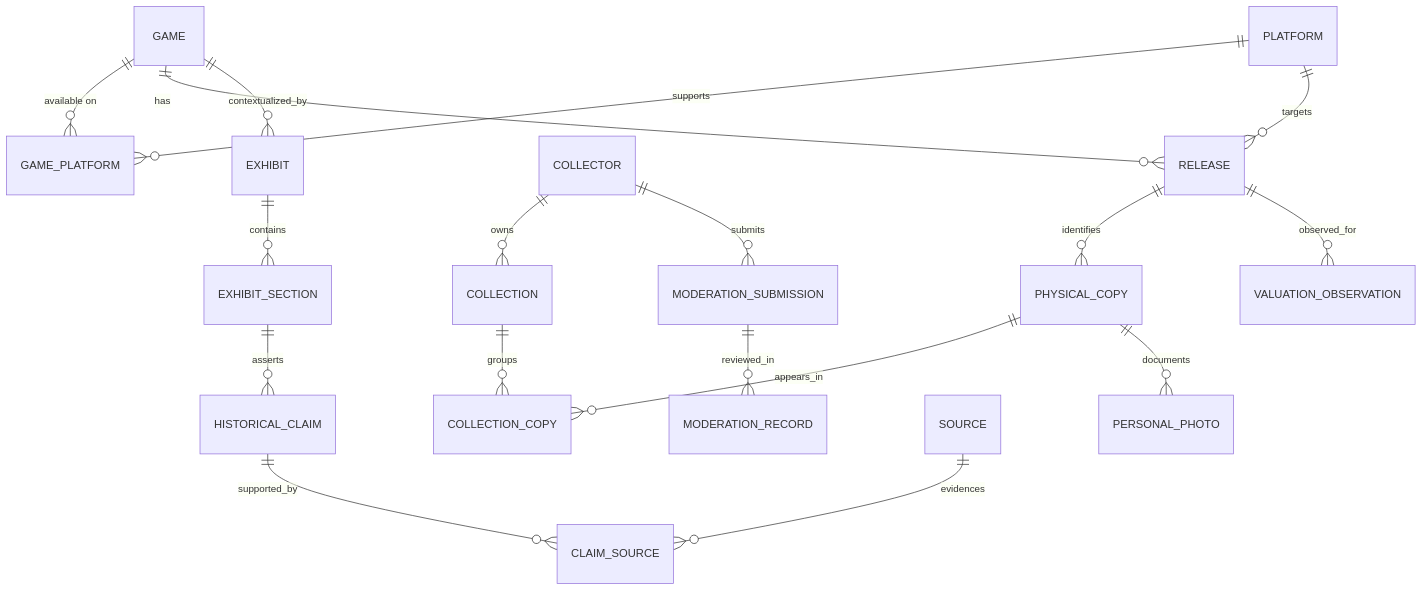
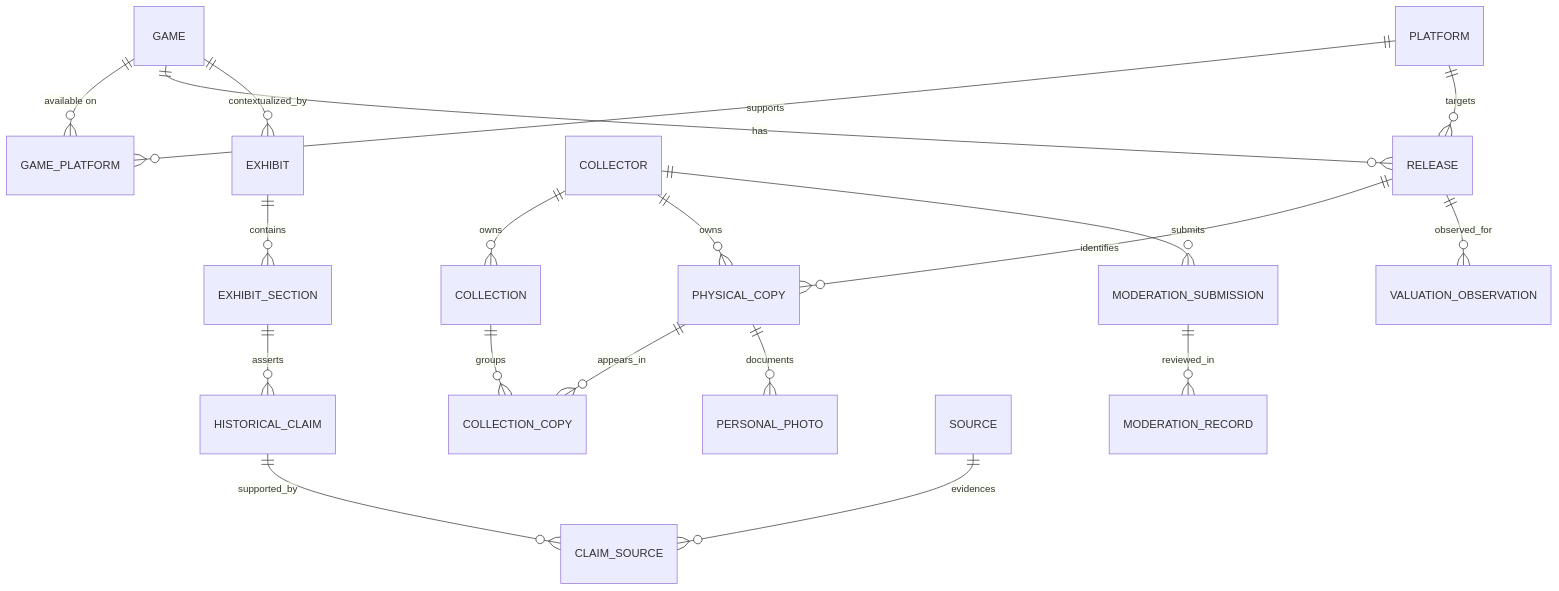
One commit to bretthotep/Game-Curator changed the diagram in docs/architecture/domain-model.md. Above: the diagram before and after it, drawn with Mermaid. The commit also changed 6 other files, not shown here.

````diff
--- a/docs/architecture/domain-model.md
+++ b/docs/architecture/domain-model.md
@@ -7,20 +7,21 @@
 ```mermaid
 erDiagram
   GAME ||--o{ GAME_PLATFORM : "available on"
   PLATFORM ||--o{ GAME_PLATFORM : supports
   GAME ||--o{ RELEASE : has
   PLATFORM ||--o{ RELEASE : targets
   RELEASE ||--o{ PHYSICAL_COPY : identifies
   COLLECTOR ||--o{ COLLECTION : owns
+  COLLECTOR ||--o{ PHYSICAL_COPY : owns
   COLLECTION ||--o{ COLLECTION_COPY : groups
   PHYSICAL_COPY ||--o{ COLLECTION_COPY : appears_in
   PHYSICAL_COPY ||--o{ PERSONAL_PHOTO : documents
   GAME ||--o{ EXHIBIT : contextualized_by
   EXHIBIT ||--o{ EXHIBIT_SECTION : contains
   EXHIBIT_SECTION ||--o{ HISTORICAL_CLAIM : asserts
   HISTORICAL_CLAIM ||--o{ CLAIM_SOURCE : supported_by
   SOURCE ||--o{ CLAIM_SOURCE : evidences
   RELEASE ||--o{ VALUATION_OBSERVATION : observed_for
   COLLECTOR ||--o{ MODERATION_SUBMISSION : submits
   MODERATION_SUBMISSION ||--o{ MODERATION_RECORD : reviewed_in
 ```
````
